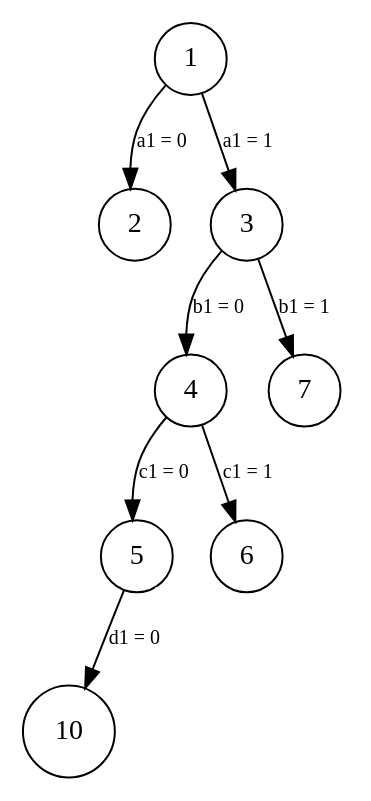
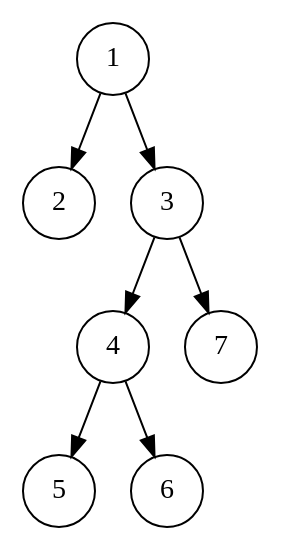
Before and after one commit to carlos-jenkins/binary-integer-programming: the diagram in reports/graphviz/tree.gv, drawn with Graphviz. The commit also changed 4 other files, not shown here.

```diff
--- a/reports/graphviz/tree.gv
+++ b/reports/graphviz/tree.gv
@@ -1,16 +1,12 @@
-digraph bstree {
+digraph tree {
 
-    node [shape = circle];
-    graph [ordering = "out"];
+    node [shape = circle, fixedsize = true];
+    graph [ordering = "out", splines = false];
 
-    dummy1 [label = "", shape = none];
-
-    1 -> 2 [label = <a1 = 0>, fontsize = 10.0];
-    1 -> 3 [label = <a1 = 1>, fontsize = 10.0];
-    3 -> 4 [label = <b1 = 0>, fontsize = 10.0];
-    3 -> 7 [label = <b1 = 1>, fontsize = 10.0];
-    4 -> 5 [label = <c1 = 0>, fontsize = 10.0];
-    4 -> 6 [label = <c1 = 1>, fontsize = 10.0];
-    5 -> 10 [label = <d1 = 0>, fontsize = 10.0];
-    5 -> dummy1 [color = white];
+    1 -> 2;
+    1 -> 3;
+    3 -> 4;
+    3 -> 7;
+    4 -> 5;
+    4 -> 6;
 }
```
